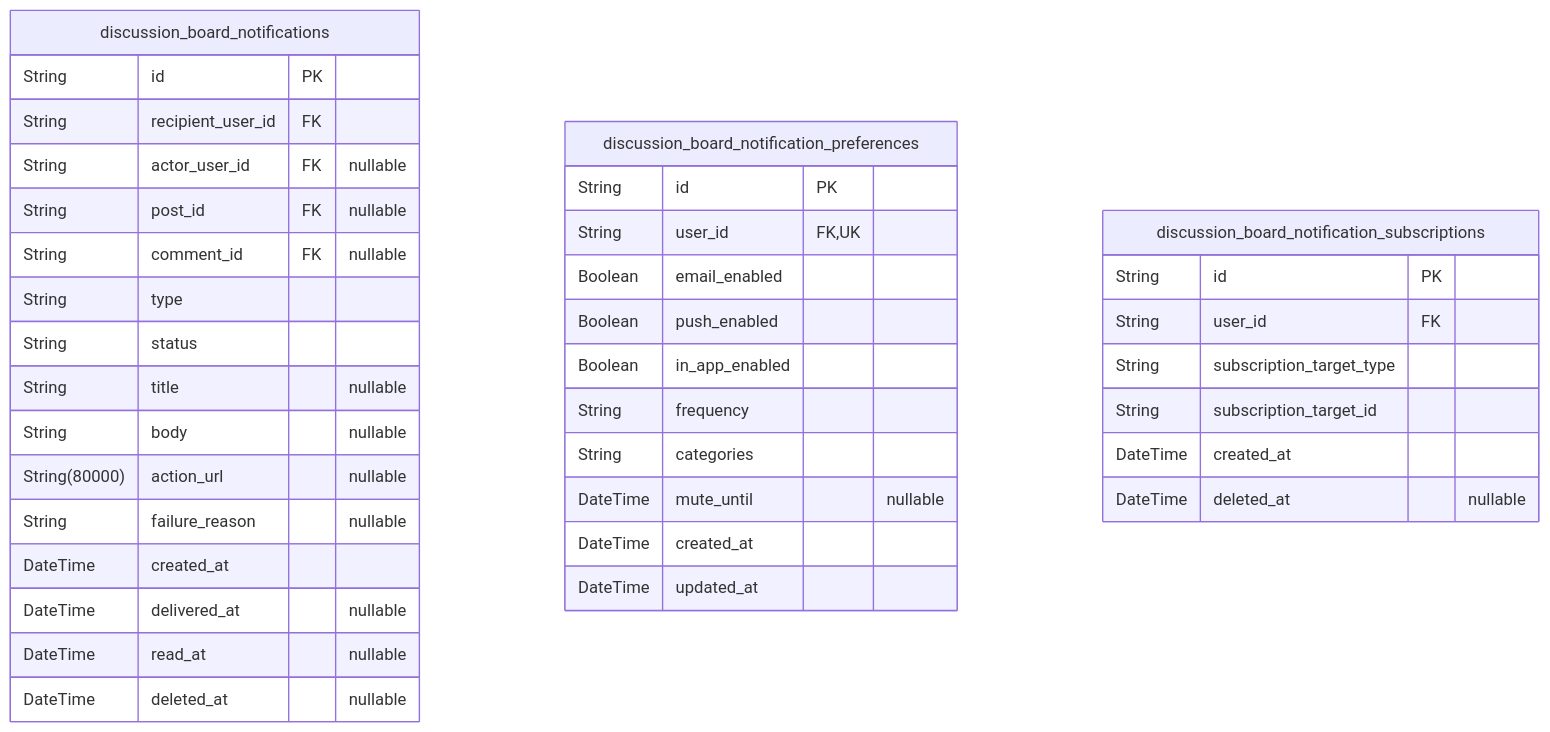
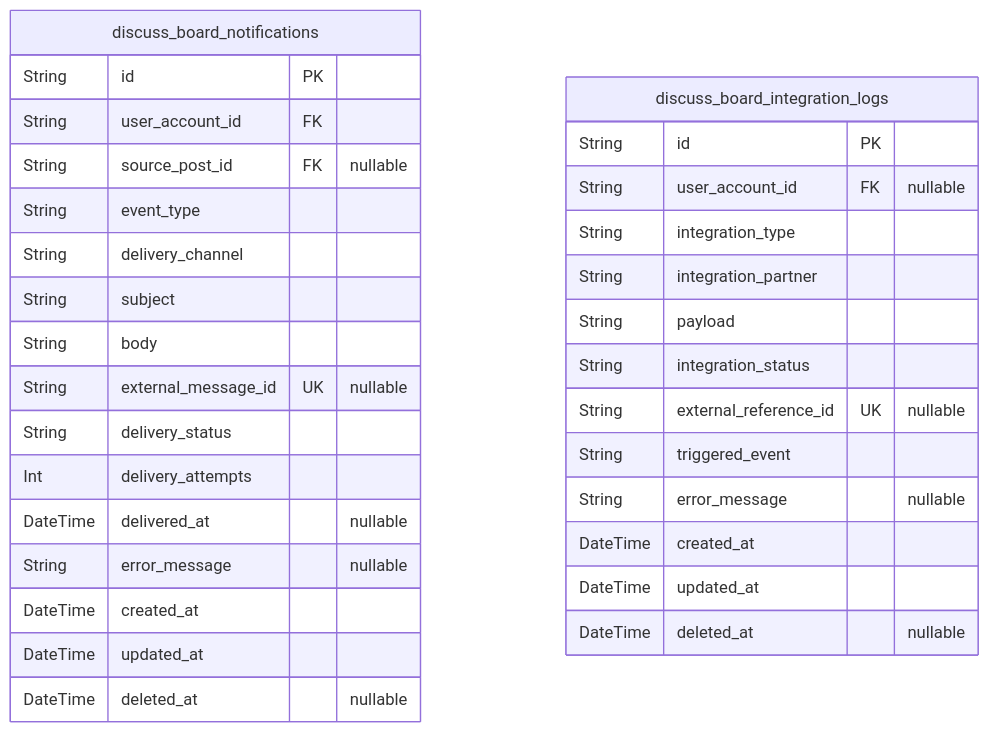
The seventh of 8 diagrams in docs/ERD.md (wrtnlabs/autobe-example-bbs-openai-gpt-4.1), drawn with Mermaid before and after one commit. The commit also changed other lines of this file and 1202 other files, not shown here.

````diff
--- a/docs/ERD.md
+++ b/docs/ERD.md
@@ -936,40 +976,34 @@
 ```mermaid
 erDiagram
-"discussion_board_notifications" {
+"discuss_board_notifications" {
   String id PK
-  String recipient_user_id FK
-  String actor_user_id FK "nullable"
-  String post_id FK "nullable"
-  String comment_id FK "nullable"
-  String type
-  String status
-  String title "nullable"
-  String body "nullable"
-  String(80000) action_url "nullable"
-  String failure_reason "nullable"
+  String user_account_id FK
+  String source_post_id FK "nullable"
+  String event_type
+  String delivery_channel
+  String subject
+  String body
+  String external_message_id UK "nullable"
+  String delivery_status
+  Int delivery_attempts
+  DateTime delivered_at "nullable"
+  String error_message "nullable"
   DateTime created_at
-  DateTime delivered_at "nullable"
-  DateTime read_at "nullable"
+  DateTime updated_at
   DateTime deleted_at "nullable"
 }
-"discussion_board_notification_preferences" {
+"discuss_board_integration_logs" {
   String id PK
-  String user_id FK,UK
-  Boolean email_enabled
-  Boolean push_enabled
-  Boolean in_app_enabled
-  String frequency
-  String categories
-  DateTime mute_until "nullable"
+  String user_account_id FK "nullable"
+  String integration_type
+  String integration_partner
+  String payload
+  String integration_status
+  String external_reference_id UK "nullable"
+  String triggered_event
+  String error_message "nullable"
   DateTime created_at
   DateTime updated_at
-}
-"discussion_board_notification_subscriptions" {
-  String id PK
-  String user_id FK
-  String subscription_target_type
-  String subscription_target_id
-  DateTime created_at
   DateTime deleted_at "nullable"
 }
 ```
````
